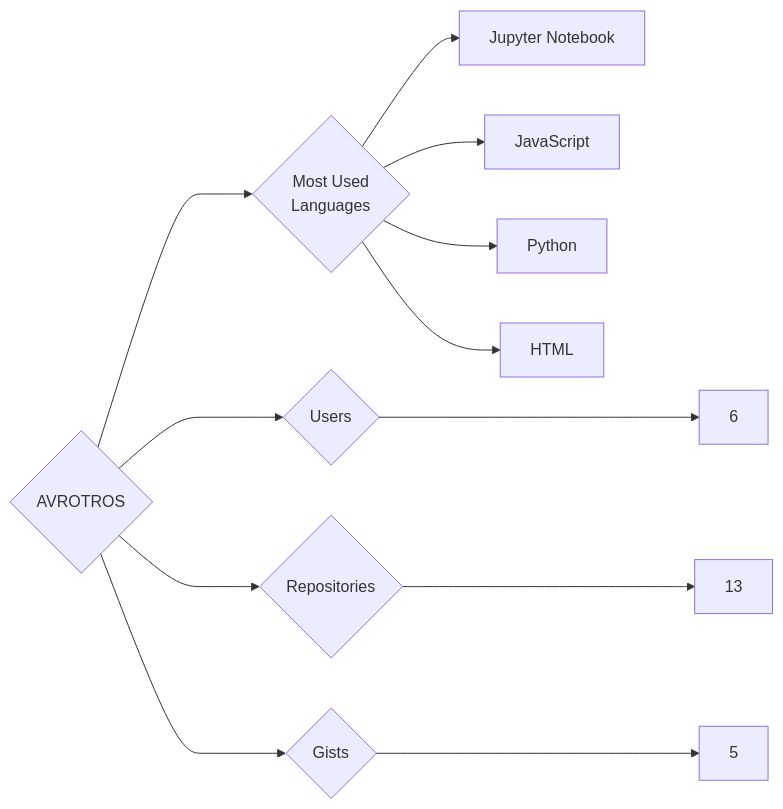
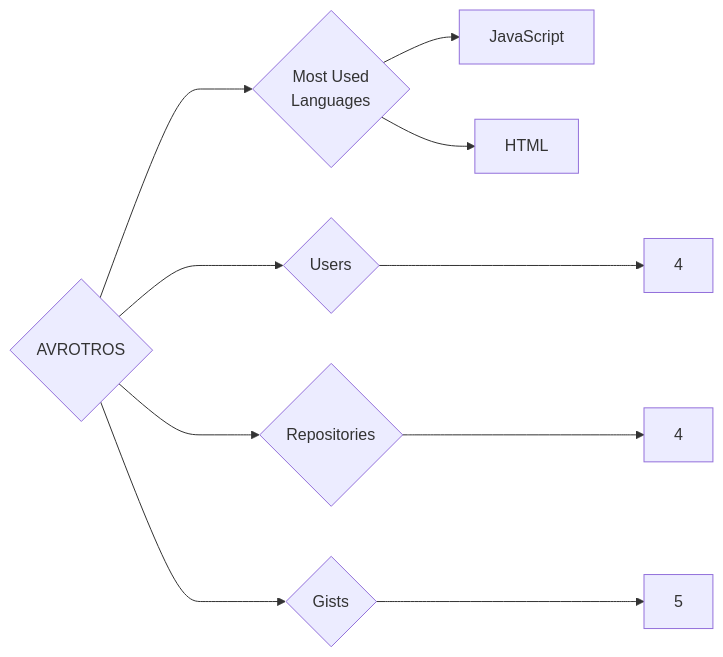
The diagram in targets/AVROTROS/README.md (trickest/insiders), drawn with Mermaid before and after one commit. The commit also changed 934 other files, not shown here.

````diff
--- a/targets/AVROTROS/README.md
+++ b/targets/AVROTROS/README.md
@@ -3,12 +3,10 @@
 ```mermaid
 graph LR
 COMPANY_NAME{AVROTROS}
-COMPANY_NAME ---> U{Users} ---> UN[6]
-COMPANY_NAME ---> R{Repositories} ---> RN[13]
+COMPANY_NAME ---> U{Users} ---> UN[4]
+COMPANY_NAME ---> R{Repositories} ---> RN[4]
 COMPANY_NAME ---> G{Gists} ---> GN[5]
 COMPANY_NAME ---> ML{Most Used<br>Languages}
-ML --> Jupyter_Notebook[Jupyter Notebook]
 ML --> JavaScript[JavaScript]
-ML --> Python[Python]
 ML --> HTML[HTML]
 ```
````
